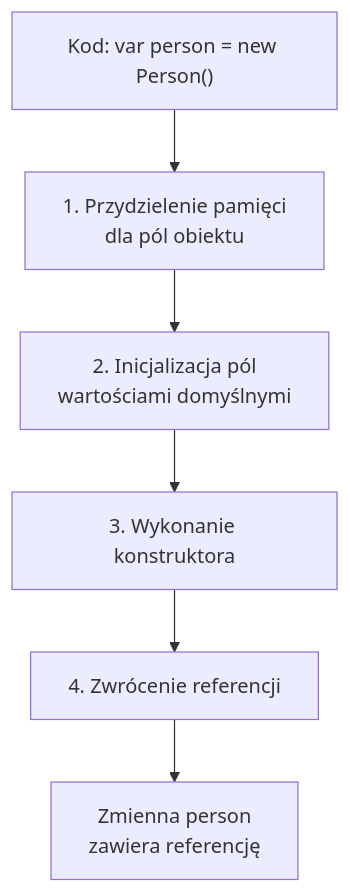
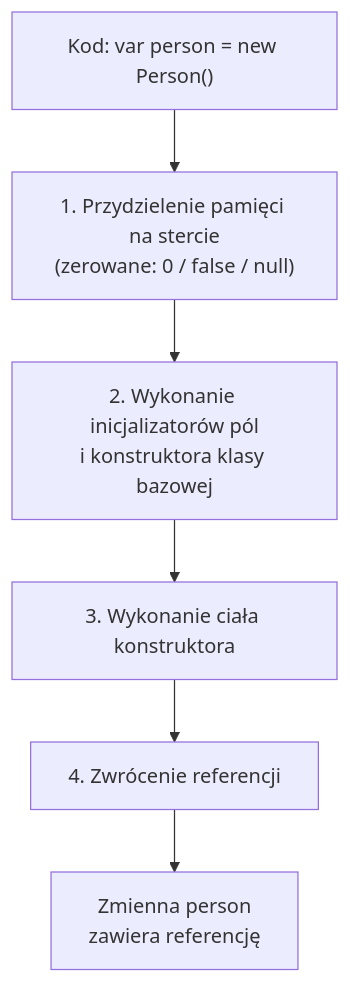
Before and after one commit to tborzyszkowski/csharp-programming: the first of 4 diagrams in src/01-klasy/_03_object_usage/README.md, drawn with Mermaid. The commit also changed other lines of this file and 74 other files, not shown here.

````diff
--- a/src/01-klasy/_03_object_usage/README.md
+++ b/src/01-klasy/_03_object_usage/README.md
@@ -47,11 +48,11 @@
 ```mermaid
 graph TB
     A["Kod: var person = new Person()"] 
-    B["1. Przydzielenie pamięci<br/>dla pól obiektu"]
-    C["2. Inicjalizacja pól<br/>wartościami domyślnymi"]
-    D["3. Wykonanie konstruktora"]
+    B["1. Przydzielenie pamięci na stercie<br/>(zerowane: 0 / false / null)"]
+    C["2. Wykonanie inicjalizatorów pól<br/>i konstruktora klasy bazowej"]
+    D["3. Wykonanie ciała konstruktora"]
     E["4. Zwrócenie referencji"]
     F["Zmienna person<br/>zawiera referencję"]
     
     A --> B --> C --> D --> E --> F
 ```
````
